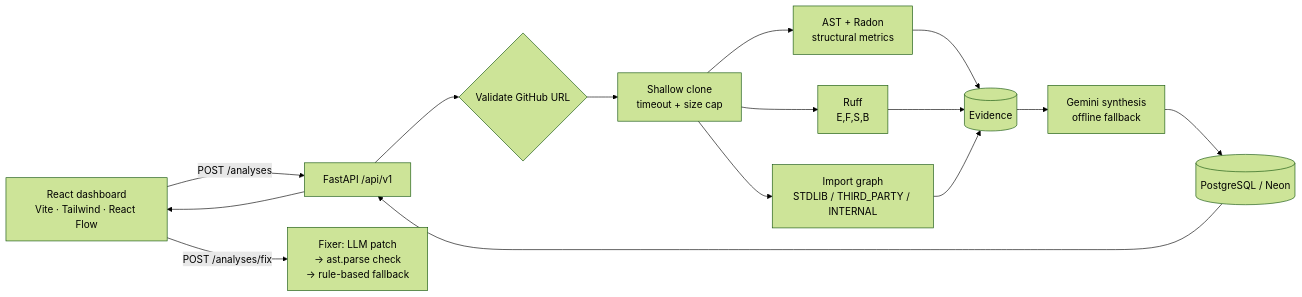
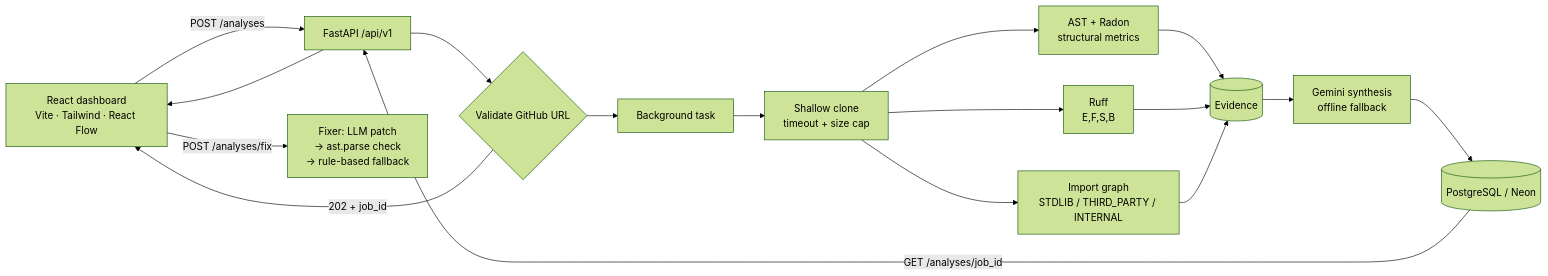
One commit to ShashankSingh2020/AI-code-review changed the diagram in README.md. Above: the diagram before and after it, drawn with Mermaid (forest theme). The commit also changed other lines of this file, not shown here.

````diff
--- a/README.md
+++ b/README.md
@@ -32,17 +34,19 @@
 ```mermaid
 flowchart LR
     UI[React dashboard<br/>Vite · Tailwind · React Flow] -->|POST /analyses| API[FastAPI /api/v1]
     API --> V{Validate GitHub URL}
-    V --> CL[Shallow clone<br/>timeout + size cap]
+    V -->|202 + job_id| UI
+    V --> BG[Background task]
+    BG --> CL[Shallow clone<br/>timeout + size cap]
     CL --> AST[AST + Radon<br/>structural metrics]
     CL --> RUFF[Ruff<br/>E,F,S,B]
     CL --> DEP[Import graph<br/>STDLIB / THIRD_PARTY / INTERNAL]
     AST --> EV[(Evidence)]
     RUFF --> EV
     DEP --> EV
     EV --> AI[Gemini synthesis<br/>offline fallback]
     AI --> DB[(PostgreSQL / Neon)]
-    DB --> API
+    DB -->|GET /analyses/job_id| API
     API --> UI
     UI -->|POST /analyses/fix| FIX[Fixer: LLM patch<br/>→ ast.parse check<br/>→ rule-based fallback]
 ```
````
